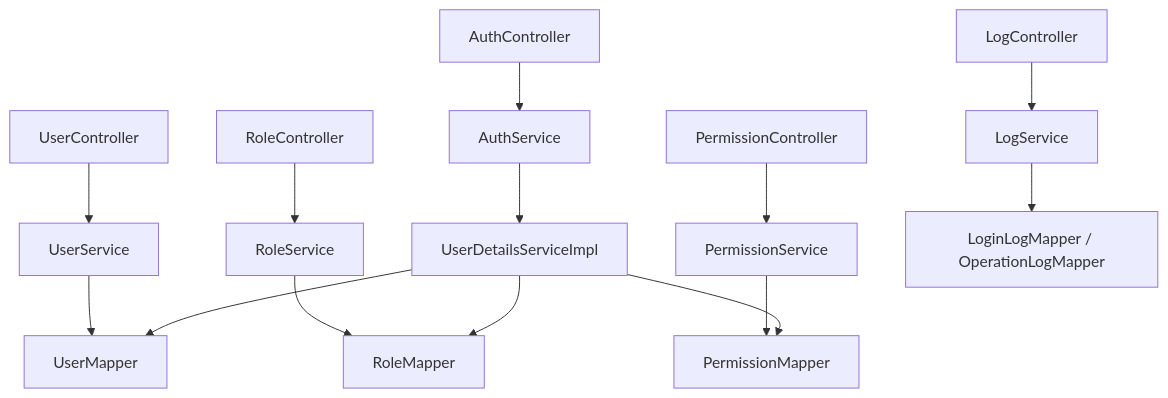
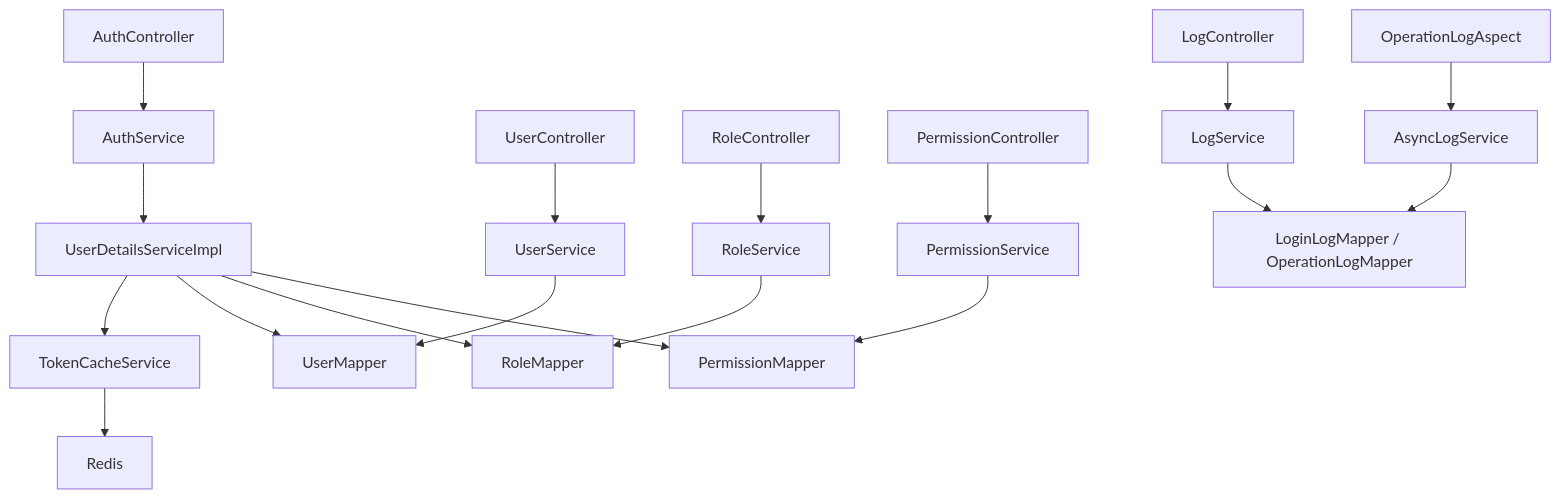
Before and after one commit to GeBron/molly: the second of 3 diagrams in .trae/documents/Technical-Architecture.md, drawn with Mermaid. The commit also changed other lines of this file and 2 other files, not shown here.

````diff
--- a/.trae/documents/Technical-Architecture.md
+++ b/.trae/documents/Technical-Architecture.md
@@ -90,16 +99,20 @@
 ```mermaid
 graph TD
     A["AuthController"] --> B["AuthService"]
     C["UserController"] --> D["UserService"]
     E["RoleController"] --> F["RoleService"]
     G["PermissionController"] --> H["PermissionService"]
     I["LogController"] --> J["LogService"]
     B --> K["UserDetailsServiceImpl"]
-    D --> L["UserMapper"]
-    F --> M["RoleMapper"]
-    H --> N["PermissionMapper"]
-    J --> O["LoginLogMapper / OperationLogMapper"]
-    K --> L
-    K --> M
+    K --> L["TokenCacheService"]
+    L --> M["Redis"]
+    D --> N["UserMapper"]
+    F --> O["RoleMapper"]
+    H --> P["PermissionMapper"]
+    J --> Q["LoginLogMapper / OperationLogMapper"]
     K --> N
+    K --> O
+    K --> P
+    R["OperationLogAspect"] --> S["AsyncLogService"]
+    S --> Q
 ```
````
